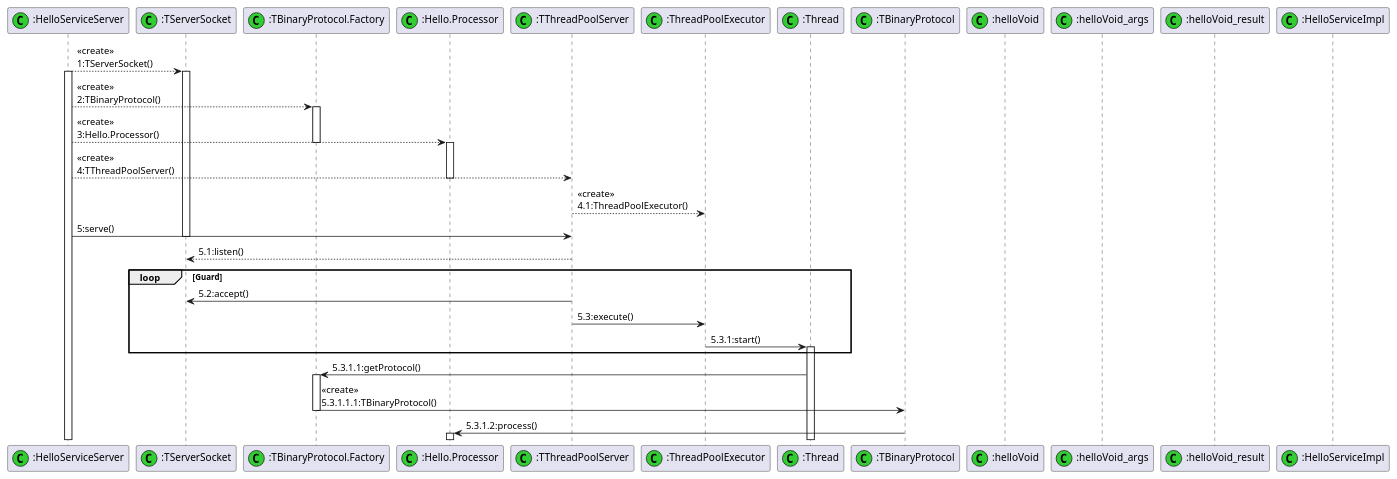
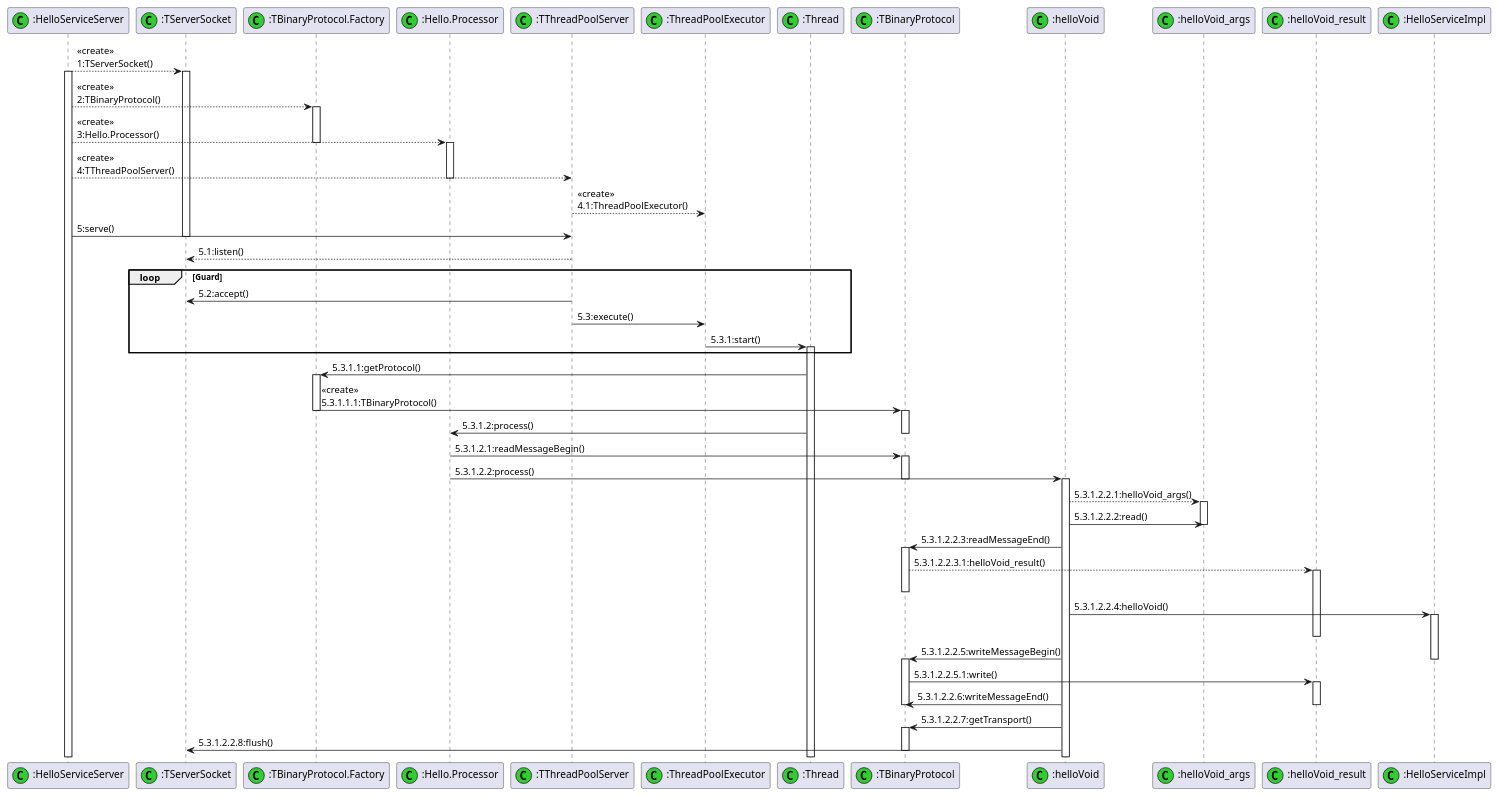
The diagram in docs/puml/thrift-server-startup.puml (tonydeng/springboot-rpc-samples), drawn with PlantUML before and after one commit. The commit also changed 1 other file, not shown here.

Commit message:
:memo: docs(1.0): 完善Thrift服务端启动的时序图
refs #6

```diff
--- a/docs/puml/thrift-server-startup.puml
+++ b/docs/puml/thrift-server-startup.puml
@@ -1,55 +1,90 @@
 @startuml
 'scale 1.5 | scale 200 width | scale 100 height | scale [max] 200x100
 ' scale 4
 'http://www.ibm.com/developerworks/cn/java/j-lo-apachethrift/image004.png'
 'http://www.ibm.com/developerworks/cn/java/j-lo-apachethrift/image006.png'
 
 participant ":HelloServiceServer" as HSS << (C,LimeGreen) >>
 participant ":TServerSocket" as TSS << (C,LimeGreen) >>
 participant ":TBinaryProtocol.Factory" as TBPF << (C,LimeGreen) >>
 participant ":Hello.Processor" as HP << (C,LimeGreen) >>
 participant ":TThreadPoolServer" as TTPS << (C,LimeGreen) >>
 participant ":ThreadPoolExecutor" as TPE << (C,LimeGreen) >>
 participant ":Thread" as T << (C,LimeGreen) >>
 participant ":TBinaryProtocol" as TBP << (C,LimeGreen) >>
 participant ":helloVoid" as HV << (C,LimeGreen) >>
 participant ":helloVoid_args" as HVA << (C,LimeGreen) >>
 participant ":helloVoid_result" as HVR << (C,LimeGreen) >>
 participant ":HelloServiceImpl" as HSI << (C,LimeGreen) >>
 
 
 HSS --> TSS : <<create>>\n1:TServerSocket()
 activate HSS
 activate TSS
 HSS --> TBPF : <<create>>\n2:TBinaryProtocol()
 activate TBPF
 HSS --> HP : <<create>>\n3:Hello.Processor()
 
 deactivate TBPF
 activate HP
 
 HSS --> TTPS : <<create>>\n4:TThreadPoolServer()
 deactivate HP
 
 TTPS --> TPE : <<create>>\n4.1:ThreadPoolExecutor()
 HSS -> TTPS : 5:serve()
 deactivate TSS
 TTPS --> TSS : 5.1:listen()
 
 loop Guard
     TTPS -> TSS : 5.2:accept()
     TTPS -> TPE : 5.3:execute()
     TPE -> T : 5.3.1:start()
     activate T
 end
 
 
 T -> TBPF : 5.3.1.1:getProtocol()
 activate TBPF
 TBPF -> TBP : <<create>>\n5.3.1.1.1:TBinaryProtocol()
 deactivate TBPF
+activate TBP
 
-TBP -> HP : 5.3.1.2:process()
-activate HP
+T -> HP : 5.3.1.2:process()
+deactivate TBP
 
+HP -> TBP : 5.3.1.2.1:readMessageBegin()
+activate TBP
+HP -> HV : 5.3.1.2.2:process()
+deactivate TBP
+activate HV
+
+HV --> HVA : 5.3.1.2.2.1:helloVoid_args()
+activate HVA
+HV -> HVA : 5.3.1.2.2.2:read()
+deactivate HVA
+HV -> TBP : 5.3.1.2.2.3:readMessageEnd()
+activate TBP
+TBP --> HVR : 5.3.1.2.2.3.1:helloVoid_result()
+activate HVR
+deactivate TBP
+
+HV -> HSI : 5.3.1.2.2.4:helloVoid()
+activate HSI
+deactivate HVR
+
+HV -> TBP : 5.3.1.2.2.5:writeMessageBegin()
+deactivate HSI
+activate TBP
+TBP -> HVR : 5.3.1.2.2.5.1:write()
+activate HVR
+HV -> TBP : 5.3.1.2.2.6:writeMessageEnd()
+deactivate TBP
+deactivate HVR
+
+HV -> TBP : 5.3.1.2.2.7:getTransport()
+activate TBP
+
+HV -> TSS : 5.3.1.2.2.8:flush()
+deactivate TBP
 @enduml
```
